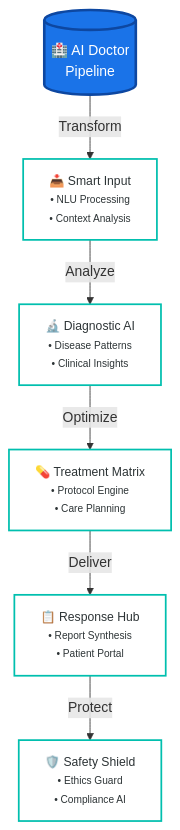
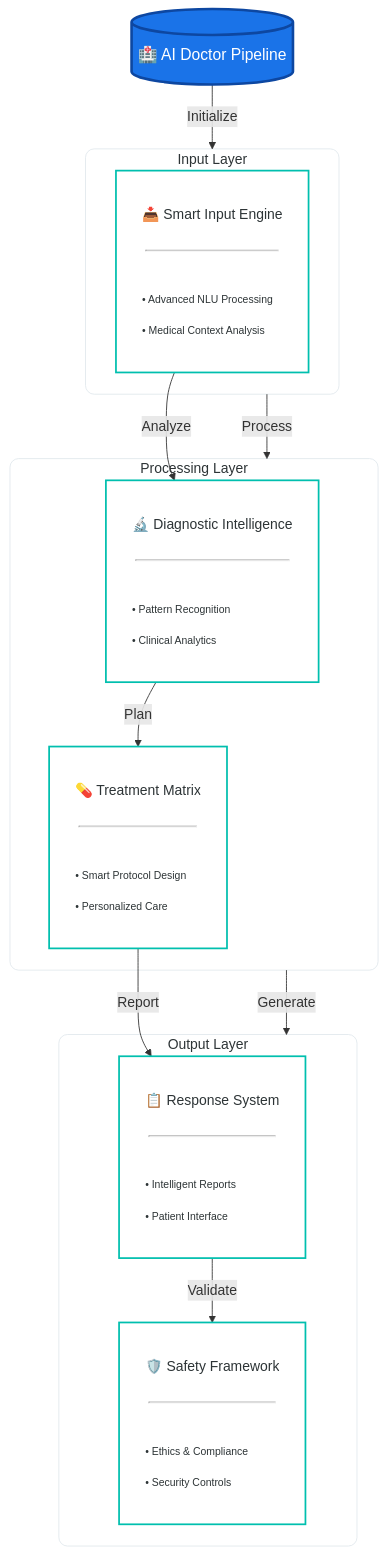
One commit to Blacksujit/Health-Summerize-AI changed the second of 2 diagrams in README.md. Above: the diagram before and after it, drawn with Mermaid.

Commit message:
added arcitect.  diagram✅✅

````diff
--- a/README.md
+++ b/README.md
@@ -311,35 +311,77 @@
 ```mermaid
 graph TB
     %% Main Title
-    A[("🏥 AI Doctor<br>Pipeline")]
+    A[("🏥 AI Doctor Pipeline")]
     
-    %% Smart Input Processing
-    B["📥 Smart Input<br><small>• NLU Processing<br>• Context Analysis</small>"]
+    subgraph Input["Input Layer"]
+        B[<div style='text-align:center;'>
+            <div style='font-size:16px;'>📥 Smart Input Engine</div>
+            <hr style='margin:4px'>
+            <div style='font-size:12px;text-align:left;'>
+                • Advanced NLU Processing<br>
+                • Medical Context Analysis
+            </div>
+        </div>]
+    end
     
-    %% Diagnostic Intelligence
-    C["🔬 Diagnostic AI<br><small>• Disease Patterns<br>• Clinical Insights</small>"]
+    subgraph Processing["Processing Layer"]
+        C[<div style='text-align:center;'>
+            <div style='font-size:16px;'>🔬 Diagnostic Intelligence</div>
+            <hr style='margin:4px'>
+            <div style='font-size:12px;text-align:left;'>
+                • Pattern Recognition<br>
+                • Clinical Analytics
+            </div>
+        </div>]
+        
+        D[<div style='text-align:center;'>
+            <div style='font-size:16px;'>💊 Treatment Matrix</div>
+            <hr style='margin:4px'>
+            <div style='font-size:12px;text-align:left;'>
+                • Smart Protocol Design<br>
+                • Personalized Care
+            </div>
+        </div>]
+    end
     
-    %% Treatment Innovation
-    D["💊 Treatment Matrix<br><small>• Protocol Engine<br>• Care Planning</small>"]
+    subgraph Output["Output Layer"]
+        E[<div style='text-align:center;'>
+            <div style='font-size:16px;'>📋 Response System</div>
+            <hr style='margin:4px'>
+            <div style='font-size:12px;text-align:left;'>
+                • Intelligent Reports<br>
+                • Patient Interface
+            </div>
+        </div>]
+        
+        F[<div style='text-align:center;'>
+            <div style='font-size:16px;'>🛡️ Safety Framework</div>
+            <hr style='margin:4px'>
+            <div style='font-size:12px;text-align:left;'>
+                • Ethics & Compliance<br>
+                • Security Controls
+            </div>
+        </div>]
+    end
+
+    %% Innovative Flow with Layered Approach
+    A --> |"Initialize"| Input
+    Input --> |"Process"| Processing
+    Processing --> |"Generate"| Output
     
-    %% Response Orchestration
-    E["📋 Response Hub<br><small>• Report Synthesis<br>• Patient Portal</small>"]
-    
-    %% Safety Guardian
-    F["🛡️ Safety Shield<br><small>• Ethics Guard<br>• Compliance AI</small>"]
-
-    %% Innovative Flow
-    A --> |"Transform"| B
+    %% Internal Connections
     B --> |"Analyze"| C
-    C --> |"Optimize"| D
-    D --> |"Deliver"| E
-    E --> |"Protect"| F
+    C --> |"Plan"| D
+    D --> |"Report"| E
+    E --> |"Validate"| F
     
     %% Modern Styling
-    classDef mainNode fill:#1a73e8,stroke:#0d47a1,stroke-width:3px,color:#fff,font-size:16px,text-align:center,rx:50
-    classDef moduleNode fill:none,stroke:#00bfae,stroke-width:2px,color:#2d3436,font-size:14px
+    classDef mainNode fill:#1a73e8,stroke:#0d47a1,stroke-width:3px,color:#fff,font-size:18px,text-align:center,rx:50
+    classDef moduleNode fill:#ffffff,stroke:#00bfae,stroke-width:2px,color:#2d3436
+    classDef layer fill:none,stroke:#e1e8ed,stroke-width:1px,color:#2d3436,rx:10
     classDef flowLabel color:#2d3436,font-size:12px
     
     class A mainNode
     class B,C,D,E,F moduleNode
+    class Input,Processing,Output layer
 ```
````
